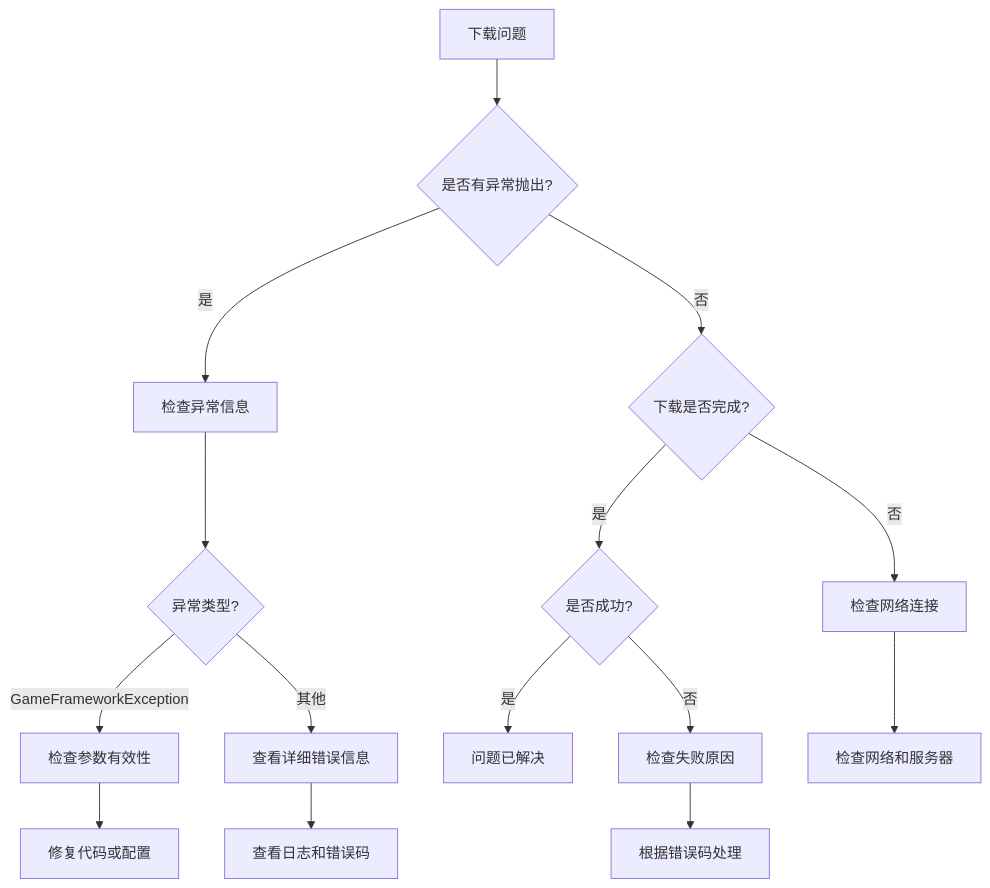
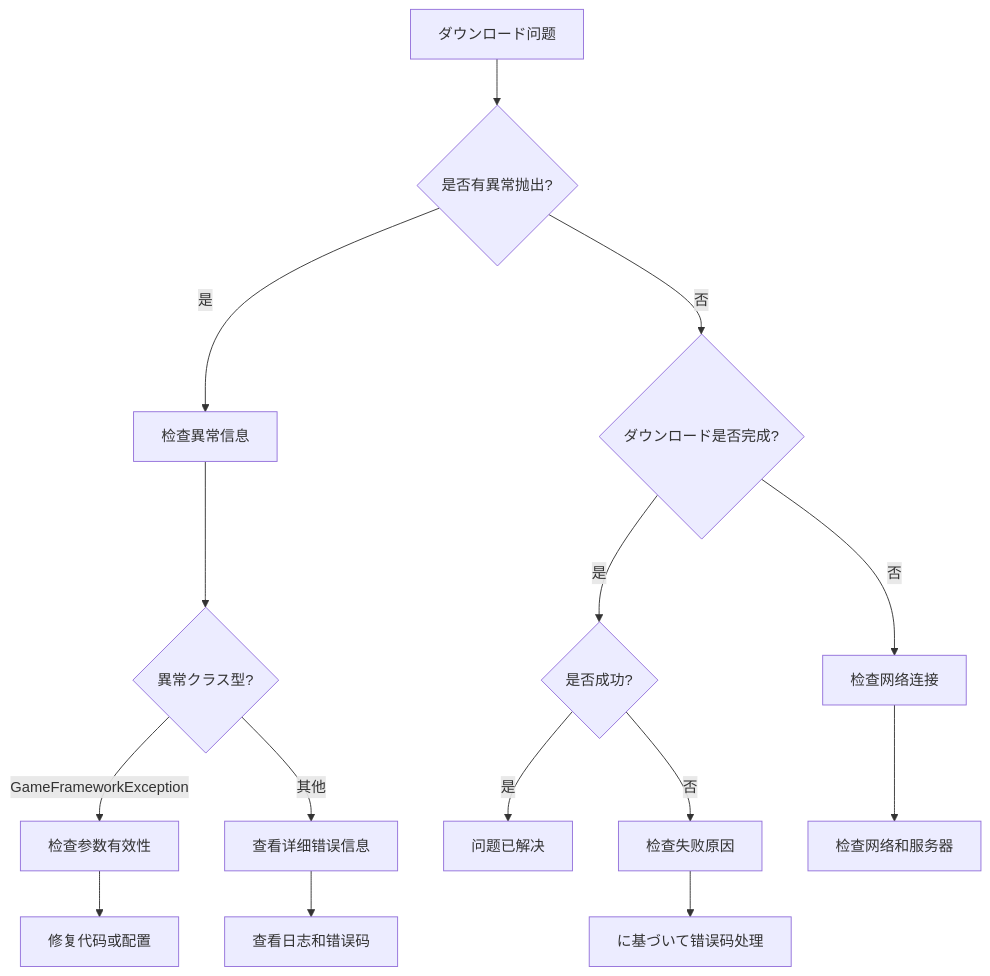
One commit to AlianBlank/GameFrameX.Docs changed the diagram in docs/ja/client/unity/component/download/15.troubleshooting.md. Above: the diagram before and after it, drawn with Mermaid. The commit also changed other lines of this file and 603 other files, not shown here.

````diff
--- a/docs/ja/client/unity/component/download/15.troubleshooting.md
+++ b/docs/ja/client/unity/component/download/15.troubleshooting.md
@@ -410,20 +410,20 @@
 ```mermaid
 flowchart TD
-    A[下载问题] --> B{是否有异常抛出?}
-    B -->|是| C[检查异常信息]
-    B -->|否| D{下载是否完成?}
+    A[ダウンロード问题] --> B{是否有異常抛出?}
+    B -->|是| C[检查異常信息]
+    B -->|否| D{ダウンロード是否完成?}
     D -->|是| E{是否成功?}
     D -->|否| F[检查网络连接]
     
-    C --> G{异常类型?}
+    C --> G{異常クラス型?}
     G -->|GameFrameworkException| H[检查参数有效性]
     G -->|其他| I[查看详细错误信息]
     
     E -->|是| J[问题已解决]
     E -->|否| K[检查失败原因]
     
     H --> L[修复代码或配置]
     I --> M[查看日志和错误码]
     F --> N[检查网络和服务器]
-    K --> O[根据错误码处理]
+    K --> O[に基づいて错误码处理]
 ```
````
